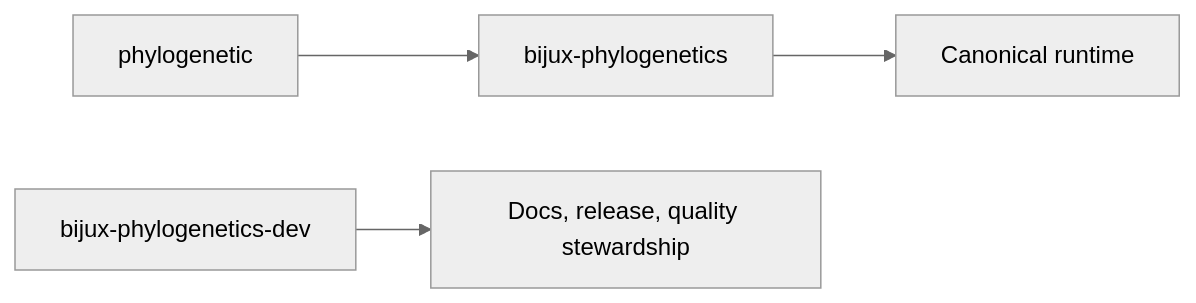
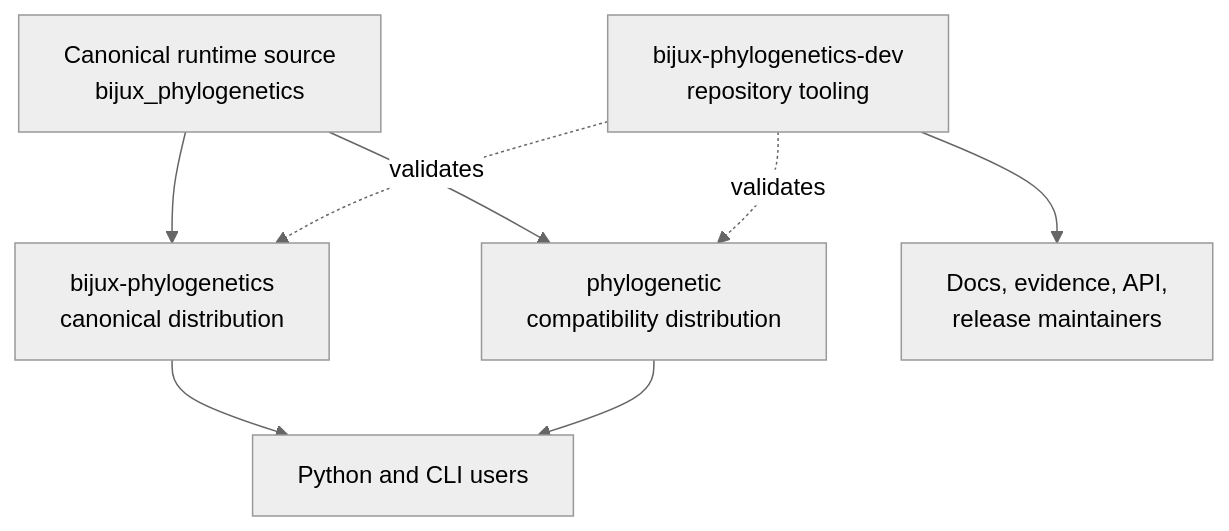
One commit to bijux/bijux-phylogenetics changed the diagram in docs/01-bijux-phylogenetics/architecture/package-map.md. Above: the diagram before and after it, drawn with Mermaid (neutral theme). The commit also changed other lines of this file and 2 other files, not shown here.

Commit message:
docs(architecture): explain runtime ownership and data flow

````diff
--- a/docs/01-bijux-phylogenetics/architecture/package-map.md
+++ b/docs/01-bijux-phylogenetics/architecture/package-map.md
@@ -19,6 +16,15 @@
 ```mermaid
-flowchart LR
-    A[bijux-phylogenetics] --> B[Canonical runtime]
-    C[phylogenetic] --> A
-    D[bijux-phylogenetics-dev] --> E[Docs, release, quality stewardship]
+flowchart TD
+    source["Canonical runtime source<br/>bijux_phylogenetics"]
+    canonical["bijux-phylogenetics<br/>canonical distribution"]
+    alias["phylogenetic<br/>compatibility distribution"]
+    dev["bijux-phylogenetics-dev<br/>repository tooling"]
+    users["Python and CLI users"]
+    maintainers["Docs, evidence, API,<br/>release maintainers"]
+
+    source --> canonical --> users
+    source --> alias --> users
+    dev --> maintainers
+    dev -. validates .-> canonical
+    dev -. validates .-> alias
 ```
````
